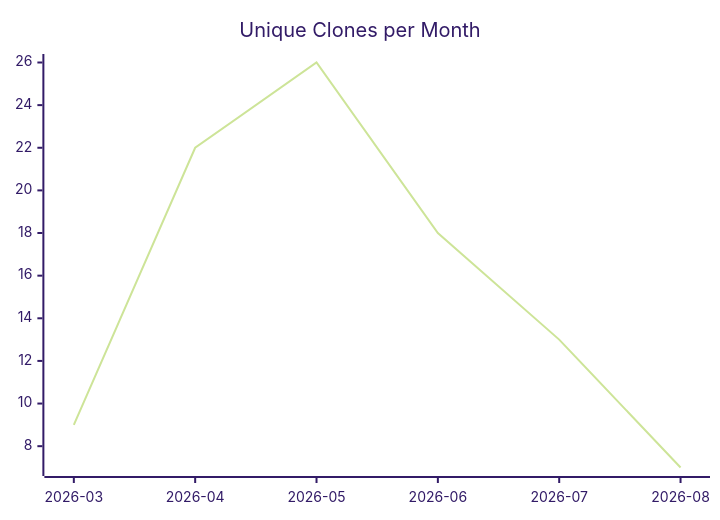
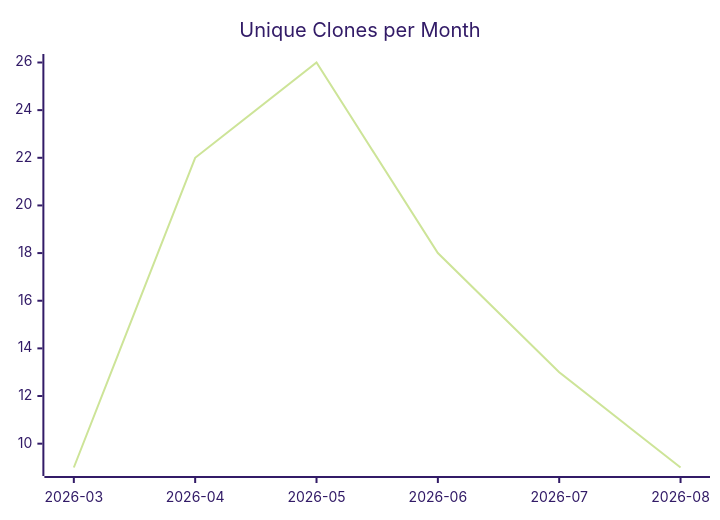
Before and after one commit to justdavis-family/github-analytics-data: the third of 3 diagrams in karlmdavis/lego-ev3dev-rs/README.md, drawn with Mermaid (forest theme). The commit also changed other lines of this file and 172 other files, not shown here.

````diff
--- a/karlmdavis/lego-ev3dev-rs/README.md
+++ b/karlmdavis/lego-ev3dev-rs/README.md
@@ -19,6 +19,6 @@
 ```mermaid
 xychart-beta
   title "Unique Clones per Month"
   x-axis ["2026-03", "2026-04", "2026-05", "2026-06", "2026-07", "2026-08"]
-  line [9, 22, 26, 18, 13, 7]
+  line [9, 22, 26, 18, 13, 9]
 ```
````
